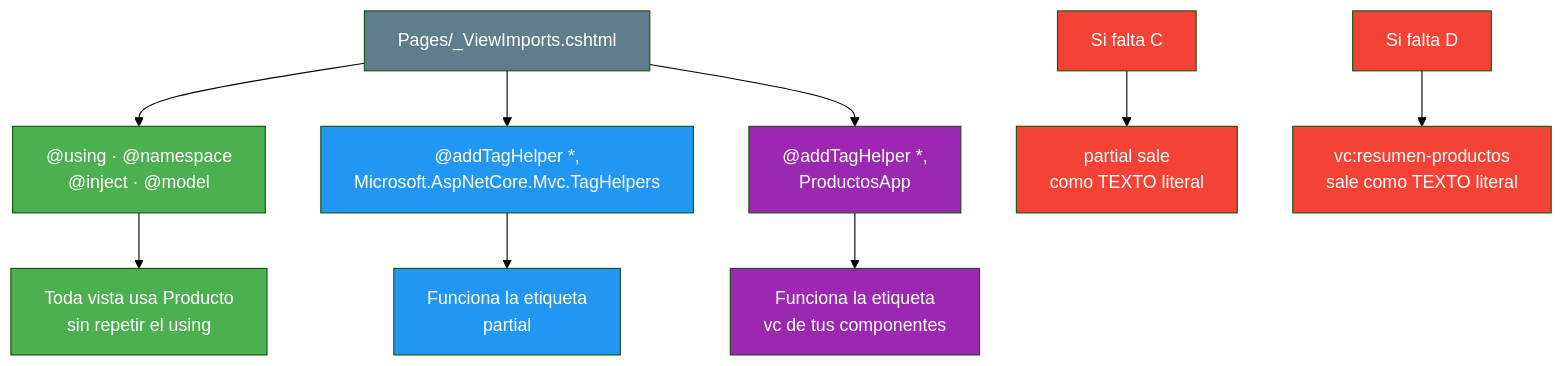
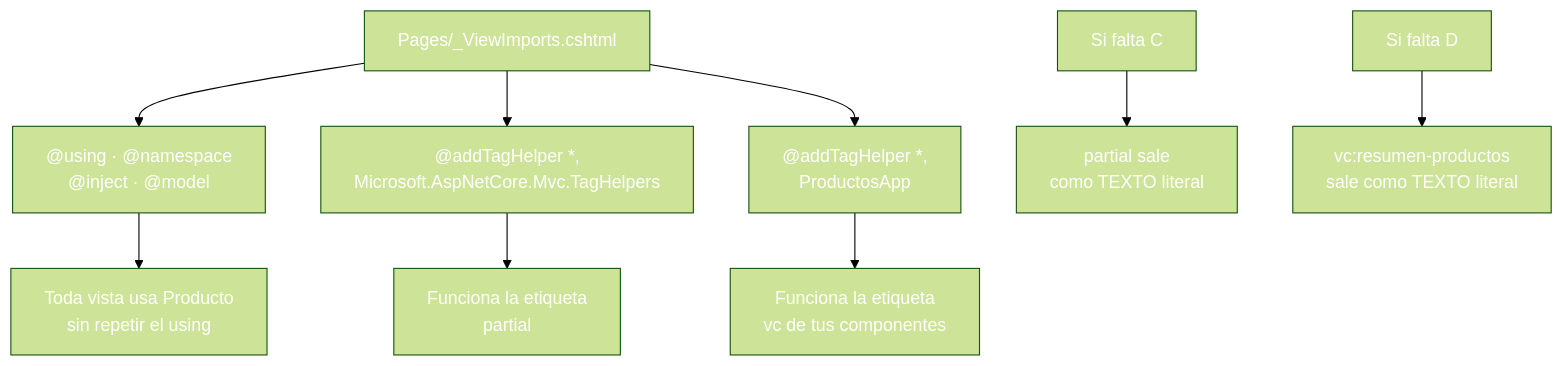
The fifth of 5 diagrams in 05-layouts-partials-componentes.md (joseluisgs/DesarrolloWebEntornosServidor-03-2026-2027), drawn with Mermaid (forest theme) before and after one commit. The commit also changed other lines of this file and 30 other files, not shown here.

````diff
--- a/05-layouts-partials-componentes.md
+++ b/05-layouts-partials-componentes.md
@@ -528,25 +528,25 @@
 ```mermaid
 graph TD
     A["Pages/_ViewImports.cshtml"] --> B["@using · @namespace<br/>@inject · @model"]
     A --> C["@addTagHelper *,<br/>Microsoft.AspNetCore.Mvc.TagHelpers"]
     A --> D["@addTagHelper *,<br/>ProductosApp"]
 
     B --> B1["Toda vista usa Producto<br/>sin repetir el using"]
     C --> C1["Funciona la etiqueta<br/>partial"]
     D --> D1["Funciona la etiqueta<br/>vc de tus componentes"]
 
     E["Si falta C"] --> E1["partial sale<br/>como TEXTO literal"]
     F["Si falta D"] --> F1["vc:resumen-productos<br/>sale como TEXTO literal"]
 
-    style A fill:#607D8B,color:#fff
-    style B fill:#4CAF50,color:#fff
-    style C fill:#2196F3,color:#fff
-    style D fill:#9C27B0,color:#fff
-    style B1 fill:#4CAF50,color:#fff
-    style C1 fill:#2196F3,color:#fff
-    style D1 fill:#9C27B0,color:#fff
-    style E fill:#f44336,color:#fff
-    style E1 fill:#f44336,color:#fff
-    style F fill:#f44336,color:#fff
-    style F1 fill:#f44336,color:#fff
+    style A fill:#607D8,color:#fffB,color:#fff
+    style B fill:#4CAF5,color:#fff0,color:#fff
+    style C fill:#2196F,color:#fff3,color:#fff
+    style D fill:#9C27B,color:#fff0,color:#fff
+    style B1 fill:#4CAF5,color:#fff0,color:#fff
+    style C1 fill:#2196F,color:#fff3,color:#fff
+    style D1 fill:#9C27B,color:#fff0,color:#fff
+    style E fill:#f4433,color:#fff6,color:#fff
+    style E1 fill:#f4433,color:#fff6,color:#fff
+    style F fill:#f4433,color:#fff6,color:#fff
+    style F1 fill:#f4433,color:#fff6,color:#fff
 ```
````
